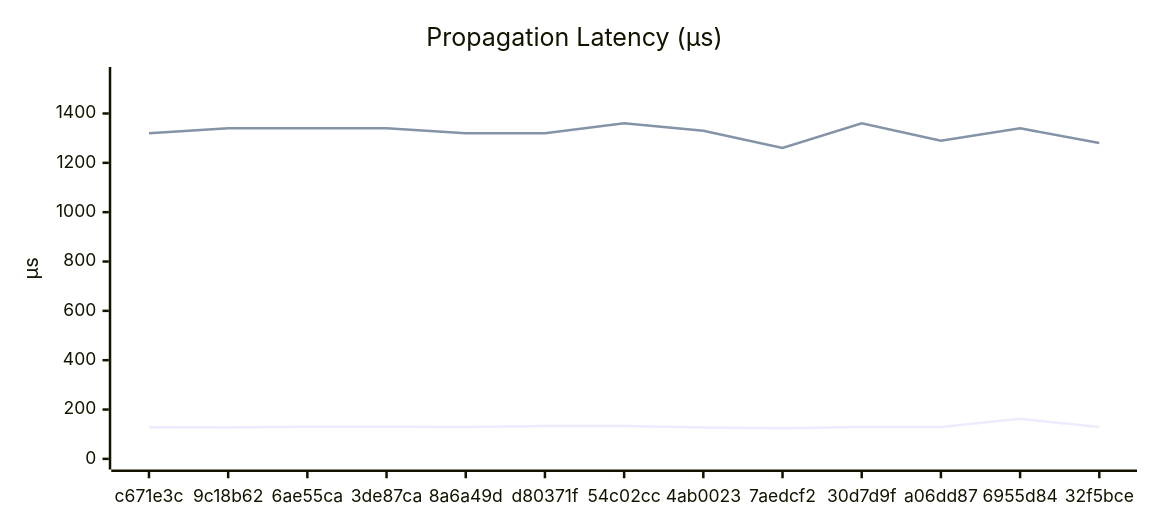
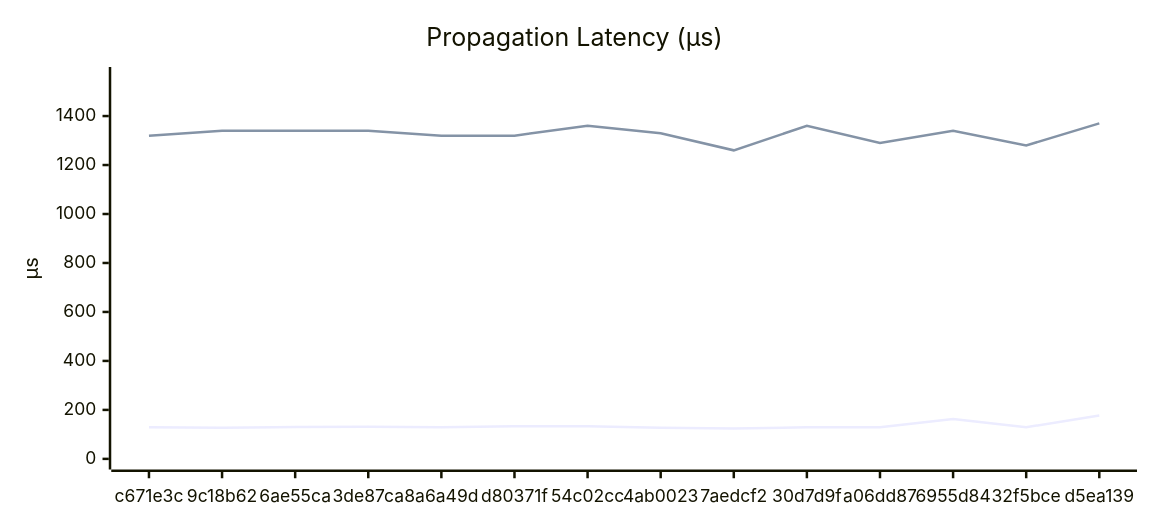
One commit to Ikolvi/titan changed the third of 6 diagrams in docs/BENCHMARKS.md. Above: the diagram before and after it, drawn with Mermaid. The commit also changed other lines of this file, not shown here.

````diff
--- a/docs/BENCHMARKS.md
+++ b/docs/BENCHMARKS.md
@@ -119,15 +120,15 @@
 ```mermaid
 ---
 config:
     xyChart:
         width: 900
         height: 400
         plotColorPalette: "#4e79a7, #f28e2c, #e15759, #76b7b2, #59a14f, #edc949"
 ---
 xychart-beta
     title "Propagation Latency (µs)"
-    x-axis ["c671e3c", "9c18b62", "6ae55ca", "3de87ca", "8a6a49d", "d80371f", "54c02cc", "4ab0023", "7aedcf2", "30d7d9f", "a06dd87", "6955d84", "32f5bce"]
-    y-axis "µs" 0.0 --> 1545.4
-    line [128.7, 127.4, 130.4, 130.7, 129.4, 133.4, 132.8, 127.0, 124.0, 128.9, 129.6, 162.4, 129.2]
-    line [1320.0, 1340.0, 1340.0, 1340.0, 1320.0, 1320.0, 1360.0, 1330.0, 1260.0, 1360.0, 1290.0, 1340.0, 1280.0]
+    x-axis ["c671e3c", "9c18b62", "6ae55ca", "3de87ca", "8a6a49d", "d80371f", "54c02cc", "4ab0023", "7aedcf2", "30d7d9f", "a06dd87", "6955d84", "32f5bce", "d5ea139"]
+    y-axis "µs" 0.0 --> 1556.9
+    line [128.7, 127.4, 130.4, 130.7, 129.4, 133.4, 132.8, 127.0, 124.0, 128.9, 129.6, 162.4, 129.2, 176.7]
+    line [1320.0, 1340.0, 1340.0, 1340.0, 1320.0, 1320.0, 1360.0, 1330.0, 1260.0, 1360.0, 1290.0, 1340.0, 1280.0, 1370.0]
 ```
````
